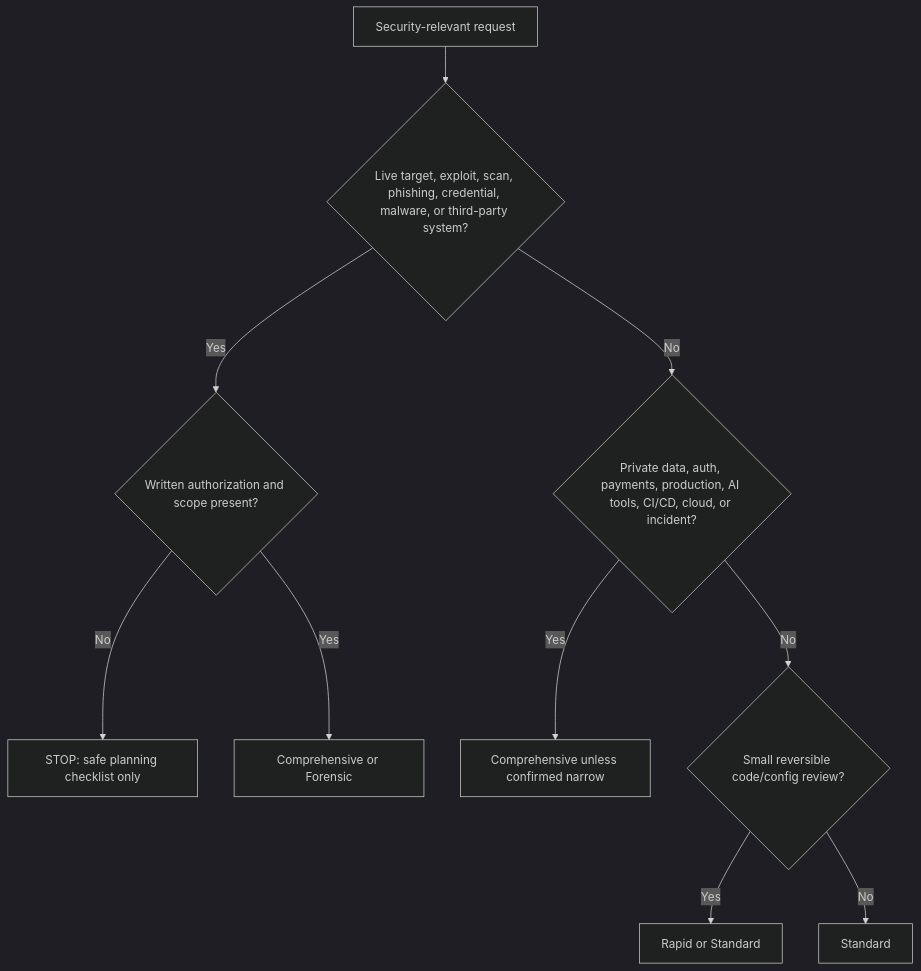
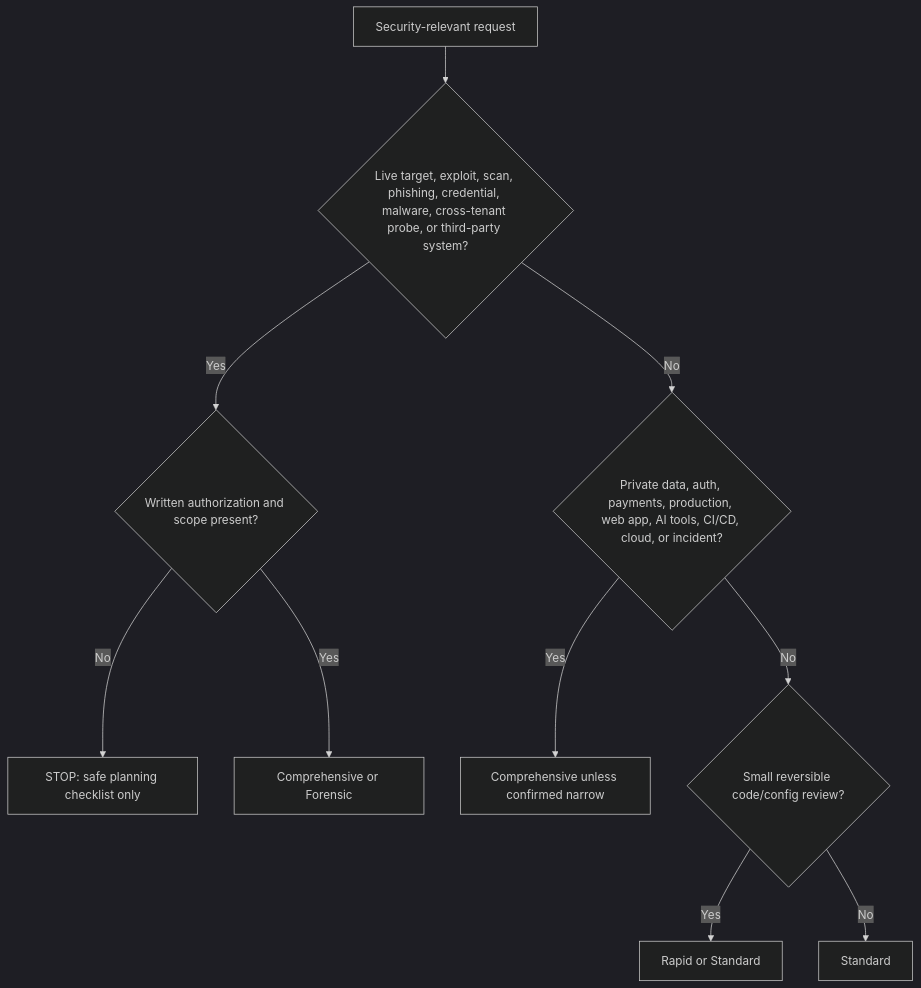
One commit to wfprieto/wcbs-build-kit changed the diagram in skills/cybersecurity-risk-routing/SKILL.md. Above: the diagram before and after it, drawn with Mermaid (dark theme). The commit also changed other lines of this file and 10 other files, not shown here.

First line of the commit message:
Add composite web application security audit

````diff
--- a/skills/cybersecurity-risk-routing/SKILL.md
+++ b/skills/cybersecurity-risk-routing/SKILL.md
@@ -34,12 +35,12 @@
 ```mermaid
 flowchart TD
-  A["Security-relevant request"] --> B{"Live target, exploit, scan, phishing, credential, malware, or third-party system?"}
+  A["Security-relevant request"] --> B{"Live target, exploit, scan, phishing, credential, malware, cross-tenant probe, or third-party system?"}
   B -- "Yes" --> C{"Written authorization and scope present?"}
   C -- "No" --> D["STOP: safe planning checklist only"]
   C -- "Yes" --> E["Comprehensive or Forensic"]
-  B -- "No" --> F{"Private data, auth, payments, production, AI tools, CI/CD, cloud, or incident?"}
+  B -- "No" --> F{"Private data, auth, payments, production, web app, AI tools, CI/CD, cloud, or incident?"}
   F -- "Yes" --> G["Comprehensive unless confirmed narrow"]
   F -- "No" --> H{"Small reversible code/config review?"}
   H -- "Yes" --> I["Rapid or Standard"]
   H -- "No" --> J["Standard"]
 ```
````
